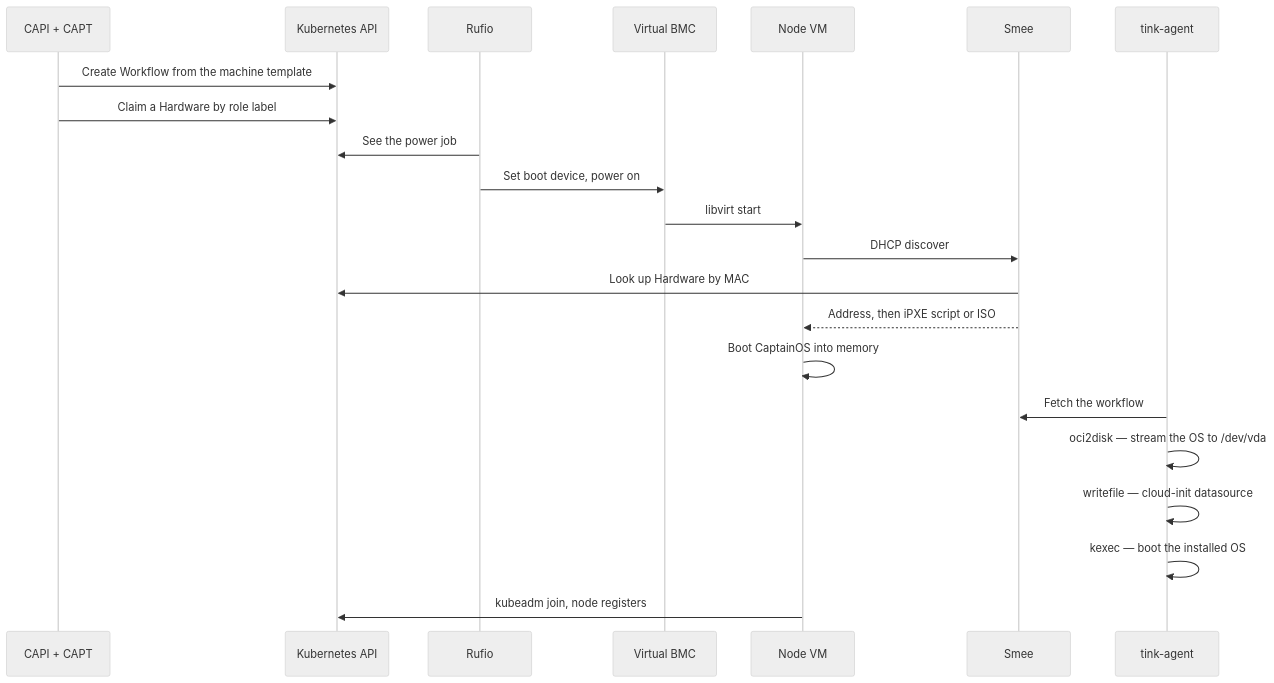
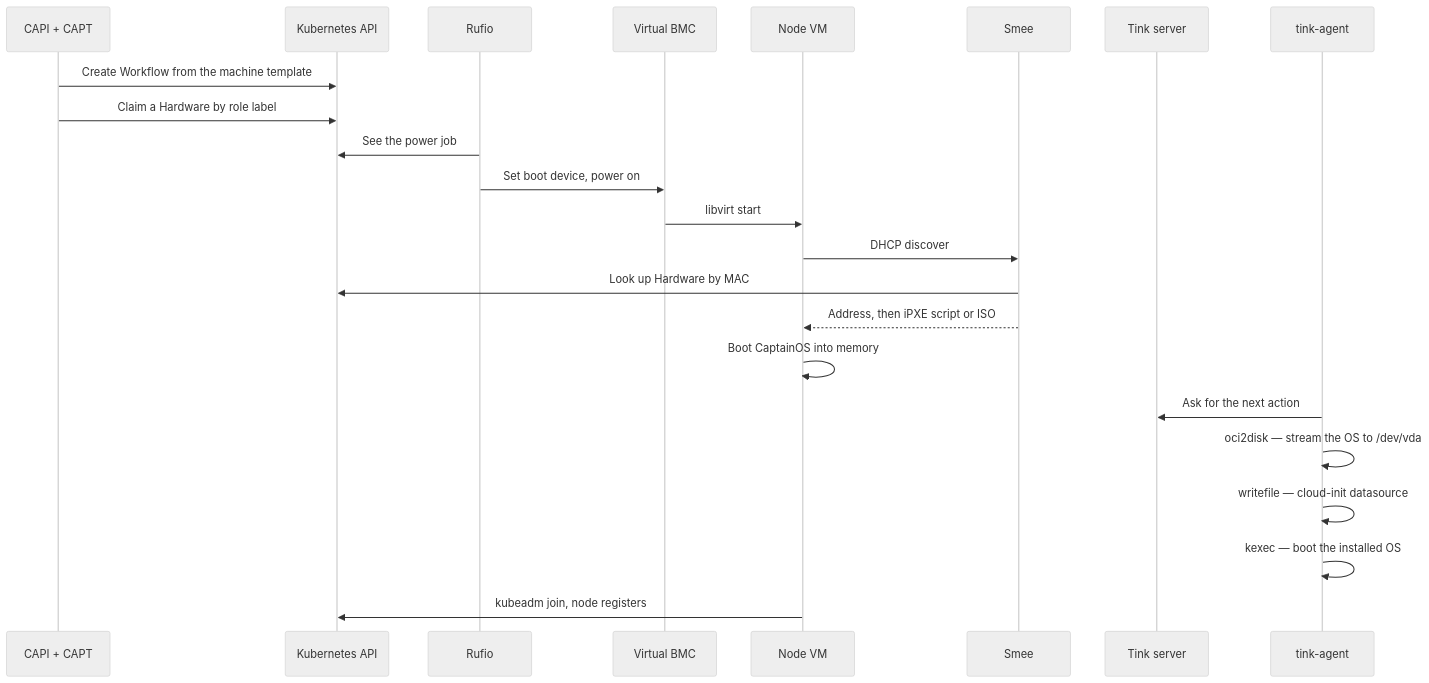
One commit to tinkerbell/playground changed the fifth of 5 diagrams in capt/docs/architecture-playground-ipv4.md. Above: the diagram before and after it, drawn with Mermaid (neutral theme). The commit also changed 10 other files, not shown here.

````diff
--- a/capt/docs/architecture-playground-ipv4.md
+++ b/capt/docs/architecture-playground-ipv4.md
@@ -166,25 +166,26 @@
 ```mermaid
 sequenceDiagram
     participant CAPI as CAPI + CAPT
     participant K8s as Kubernetes API
     participant Rufio
     participant BMC as Virtual BMC
     participant VM as Node VM
     participant Smee
+    participant Tink as Tink server
     participant Agent as tink-agent
 
     CAPI->>K8s: Create Workflow from the machine template
     CAPI->>K8s: Claim a Hardware by role label
     Rufio->>K8s: See the power job
     Rufio->>BMC: Set boot device, power on
     BMC->>VM: libvirt start
     VM->>Smee: DHCP discover
     Smee->>K8s: Look up Hardware by MAC
     Smee-->>VM: Address, then iPXE script or ISO
     VM->>VM: Boot CaptainOS into memory
-    Agent->>Smee: Fetch the workflow
+    Agent->>Tink: Ask for the next action
     Agent->>Agent: oci2disk — stream the OS to /dev/vda
     Agent->>Agent: writefile — cloud-init datasource
     Agent->>Agent: kexec — boot the installed OS
     VM->>K8s: kubeadm join, node registers
 ```
````
